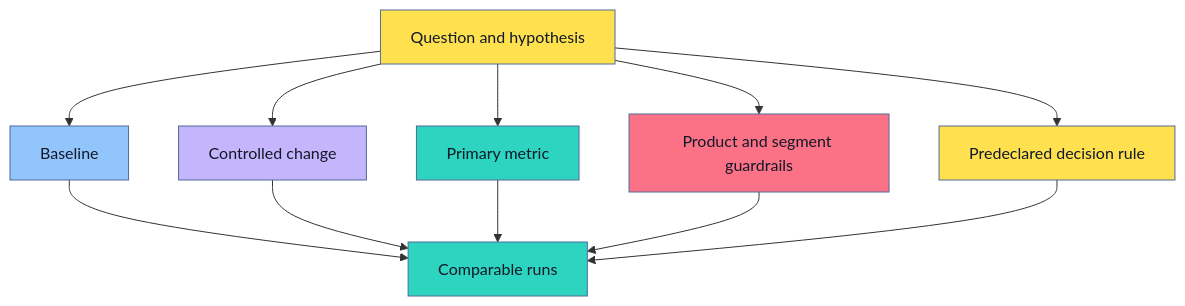
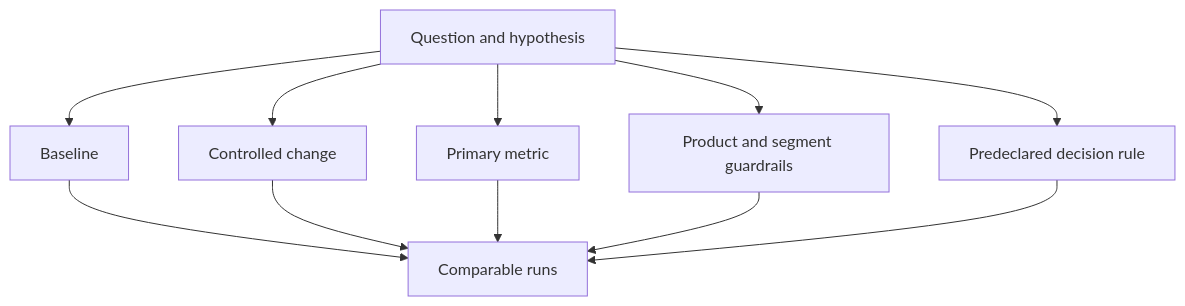
Before and after one commit to senlinyy/dev-roadmaps: the second of 9 diagrams in roadmaps/mlops/modules/experiments-and-reproducibility/experiment-tracking/01-reproducible-ml-experiments.md, drawn with Mermaid. The commit also changed other lines of this file and 152 other files, not shown here.

Commit message:
feat: mlops and diagrams updated

````diff
--- a/roadmaps/mlops/modules/experiments-and-reproducibility/experiment-tracking/01-reproducible-ml-experiments.md
+++ b/roadmaps/mlops/modules/experiments-and-reproducibility/experiment-tracking/01-reproducible-ml-experiments.md
@@ -79,21 +79,21 @@
 ```mermaid
 flowchart TD
     A["Question and hypothesis"] --> B["Baseline"]
     A --> C["Controlled change"]
     A --> D["Primary metric"]
     A --> E["Product and segment guardrails"]
     A --> F["Predeclared decision rule"]
     B --> G["Comparable runs"]
     C --> G
     D --> G
     E --> G
     F --> G
 
-    style A fill:#FFE04F,stroke:#536A9A,color:#111827
-    style B fill:#93C5FD,stroke:#536A9A,color:#111827
-    style C fill:#C4B5FD,stroke:#536A9A,color:#111827
-    style D fill:#2DD4BF,stroke:#536A9A,color:#111827
-    style E fill:#FB7185,stroke:#536A9A,color:#111827
-    style F fill:#FFE04F,stroke:#536A9A,color:#111827
-    style G fill:#2DD4BF,stroke:#536A9A,color:#111827
+    class A dp-mermaid-primary
+    class B dp-mermaid-secondary
+    class C dp-mermaid-tertiary
+    class D dp-mermaid-quaternary
+    class E dp-mermaid-primary
+    class F dp-mermaid-primary
+    class G dp-mermaid-quaternary
 ```
````
